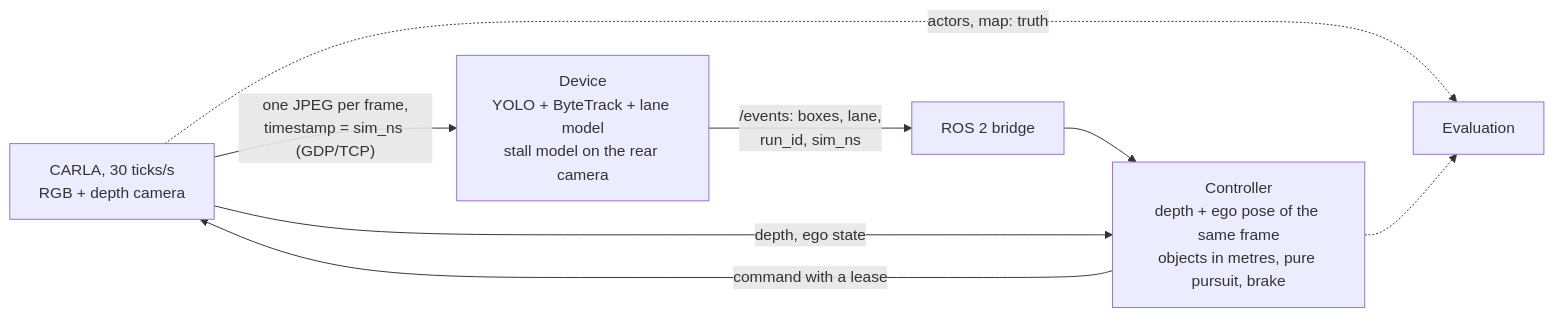
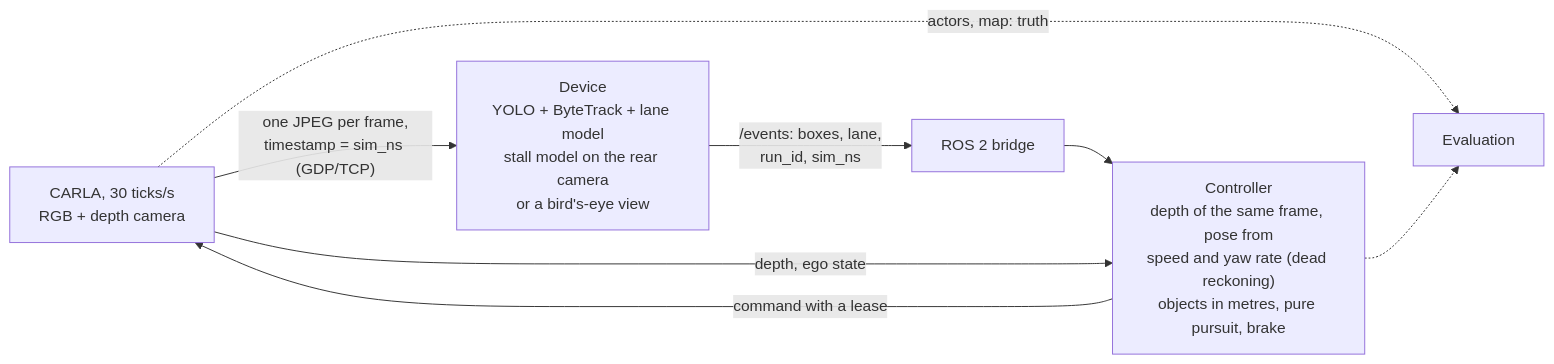
One commit to lehunghieu1503/cpp-realtime-video-analytics changed the third of 3 diagrams in README.md. Above: the diagram before and after it, drawn with Mermaid. The commit also changed other lines of this file and 1 other file, not shown here.

Commit message:
docs(readme): match the code: four-camera BEV, dead reckoning, current park results, laptop model, API blocks

````diff
--- a/README.md
+++ b/README.md
@@ -719,10 +734,10 @@
 ```mermaid
 flowchart LR
-    carla["CARLA, 30 ticks/s<br/>RGB + depth camera"] -->|"one JPEG per frame,<br/>timestamp = sim_ns (GDP/TCP)"| device["Device<br/>YOLO + ByteTrack + lane model<br/>stall model on the rear camera"]
+    carla["CARLA, 30 ticks/s<br/>RGB + depth camera"] -->|"one JPEG per frame,<br/>timestamp = sim_ns (GDP/TCP)"| device["Device<br/>YOLO + ByteTrack + lane model<br/>stall model on the rear camera<br/>or a bird's-eye view"]
     device -->|"/events: boxes, lane,<br/>run_id, sim_ns"| bridge["ROS 2 bridge"]
-    bridge --> controller["Controller<br/>depth + ego pose of the same frame<br/>objects in metres, pure pursuit, brake"]
+    bridge --> controller["Controller<br/>depth of the same frame, pose from<br/>speed and yaw rate (dead reckoning)<br/>objects in metres, pure pursuit, brake"]
     carla -->|"depth, ego state"| controller
     controller -->|"command with a lease"| carla
     carla -.->|"actors, map: truth"| eval["Evaluation"]
     controller -.-> eval
 ```
````
